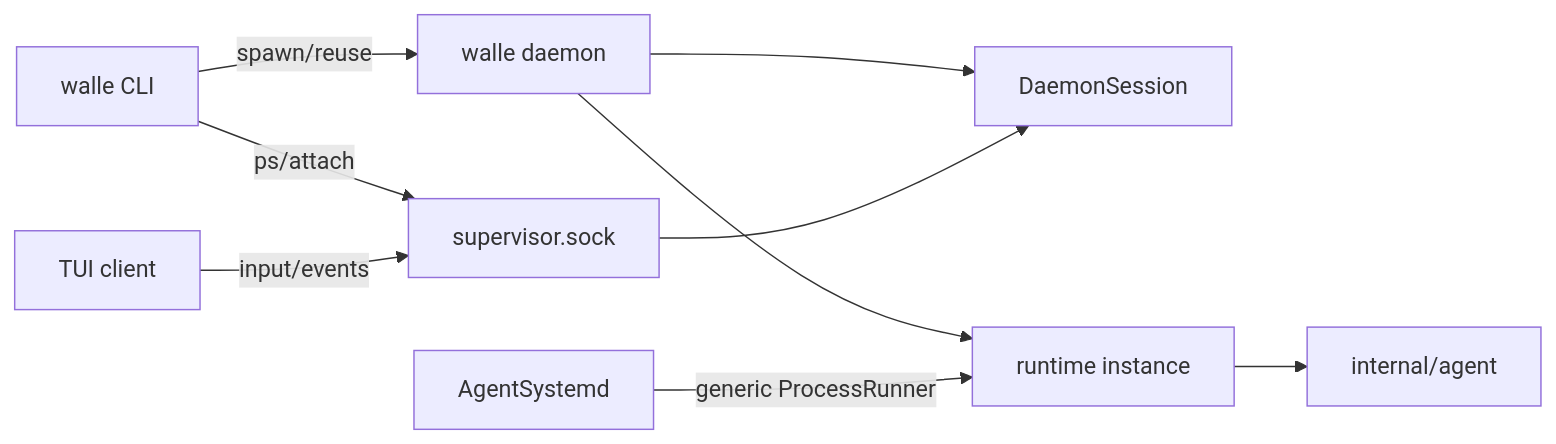
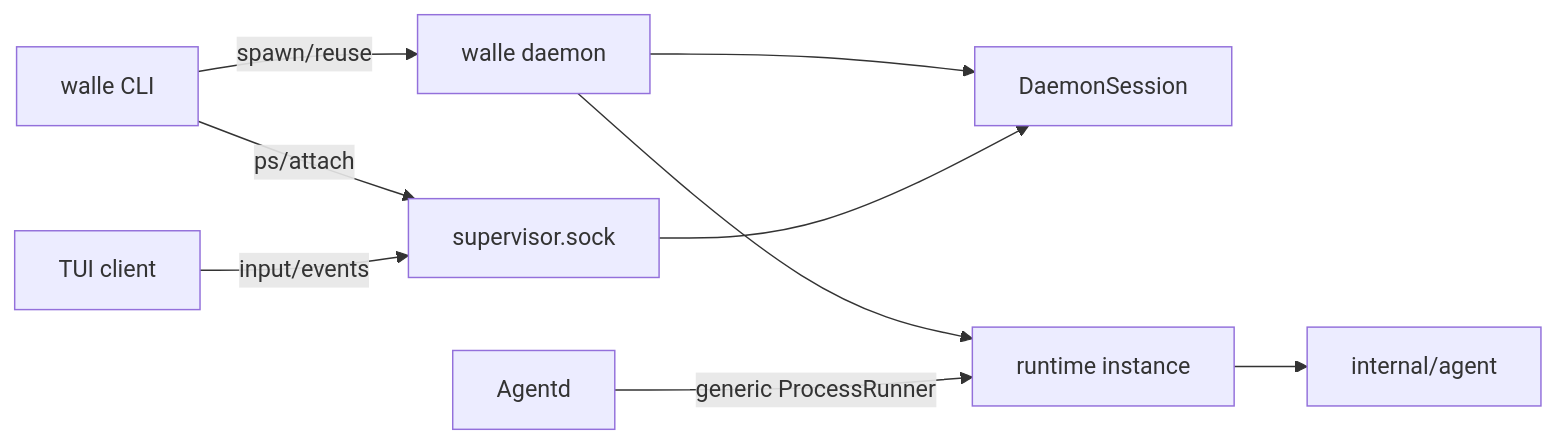
Before and after one commit to Ozqi/5hAgent: the diagram in .doc/runtime-daemon-boundary.md, drawn with Mermaid. The commit also changed other lines of this file and 43 other files, not shown here.

Commit message:
refactor(runtime): rename supervisor to agentd

````diff
--- a/.doc/runtime-daemon-boundary.md
+++ b/.doc/runtime-daemon-boundary.md
@@ -7,11 +7,11 @@
 ```mermaid
 graph LR
     cli["walle CLI"] -->|spawn/reuse| daemon["walle daemon"]
     cli -->|ps/attach| sock["supervisor.sock"]
     tui["TUI client"] -->|input/events| sock
     daemon --> session["DaemonSession"]
     daemon --> runtime["runtime instance"]
     sock --> session
-    systemd["AgentSystemd"] -->|generic ProcessRunner| runtime
+    agentd["Agentd"] -->|generic ProcessRunner| runtime
     runtime --> agent["internal/agent"]
 ```
````
